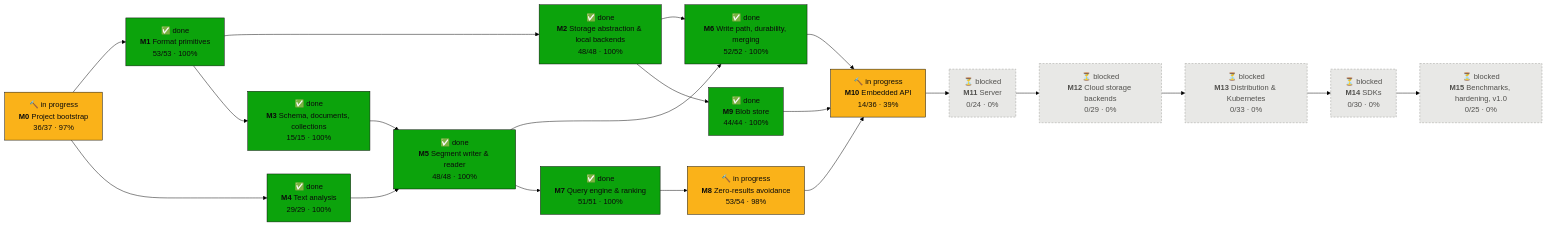
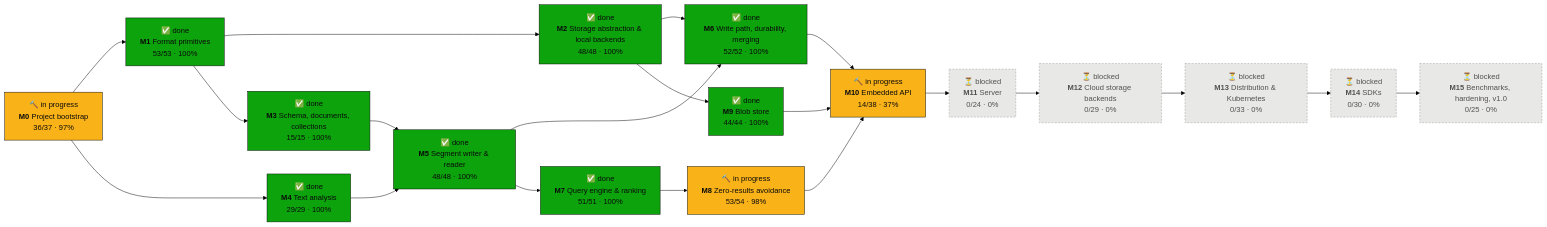
One commit to tomiok/persiaDB changed the first of 2 diagrams in PROGRESS.md. Above: the diagram before and after it, drawn with Mermaid (forest theme). The commit also changed other lines of this file and 19 other files, not shown here.

````diff
--- a/PROGRESS.md
+++ b/PROGRESS.md
@@ -16,42 +16,42 @@
 ```mermaid
 flowchart LR
   M0["🔨 in progress<br/><b>M0</b> Project bootstrap<br/>36/37 · 97%"]:::doing
   M1["✅ done<br/><b>M1</b> Format primitives<br/>53/53 · 100%"]:::done
   M2["✅ done<br/><b>M2</b> Storage abstraction & local backends<br/>48/48 · 100%"]:::done
   M3["✅ done<br/><b>M3</b> Schema, documents, collections<br/>15/15 · 100%"]:::done
   M4["✅ done<br/><b>M4</b> Text analysis<br/>29/29 · 100%"]:::done
   M5["✅ done<br/><b>M5</b> Segment writer & reader<br/>48/48 · 100%"]:::done
   M6["✅ done<br/><b>M6</b> Write path, durability, merging<br/>52/52 · 100%"]:::done
   M7["✅ done<br/><b>M7</b> Query engine & ranking<br/>51/51 · 100%"]:::done
   M8["🔨 in progress<br/><b>M8</b> Zero-results avoidance<br/>53/54 · 98%"]:::doing
   M9["✅ done<br/><b>M9</b> Blob store<br/>44/44 · 100%"]:::done
-  M10["🔨 in progress<br/><b>M10</b> Embedded API<br/>14/36 · 39%"]:::doing
+  M10["🔨 in progress<br/><b>M10</b> Embedded API<br/>14/38 · 37%"]:::doing
   M11["⏳ blocked<br/><b>M11</b> Server<br/>0/24 · 0%"]:::blocked
   M12["⏳ blocked<br/><b>M12</b> Cloud storage backends<br/>0/29 · 0%"]:::blocked
   M13["⏳ blocked<br/><b>M13</b> Distribution & Kubernetes<br/>0/33 · 0%"]:::blocked
   M14["⏳ blocked<br/><b>M14</b> SDKs<br/>0/30 · 0%"]:::blocked
   M15["⏳ blocked<br/><b>M15</b> Benchmarks, hardening, v1.0<br/>0/25 · 0%"]:::blocked
   M0 --> M1
   M1 --> M2
   M1 --> M3
   M0 --> M4
   M3 --> M5
   M4 --> M5
   M2 --> M6
   M5 --> M6
   M5 --> M7
   M7 --> M8
   M2 --> M9
   M6 --> M10
   M8 --> M10
   M9 --> M10
   M10 --> M11
   M11 --> M12
   M12 --> M13
   M13 --> M14
   M14 --> M15
   classDef done fill:#0ca30c,stroke:#0b0b0b,color:#0b0b0b
   classDef doing fill:#fab219,stroke:#0b0b0b,color:#0b0b0b
   classDef ready fill:#fcfcfb,stroke:#0b0b0b,stroke-width:2px,color:#0b0b0b
   classDef blocked fill:#e8e8e6,stroke:#9a9a96,stroke-dasharray:4 3,color:#52514e
 ```
````
